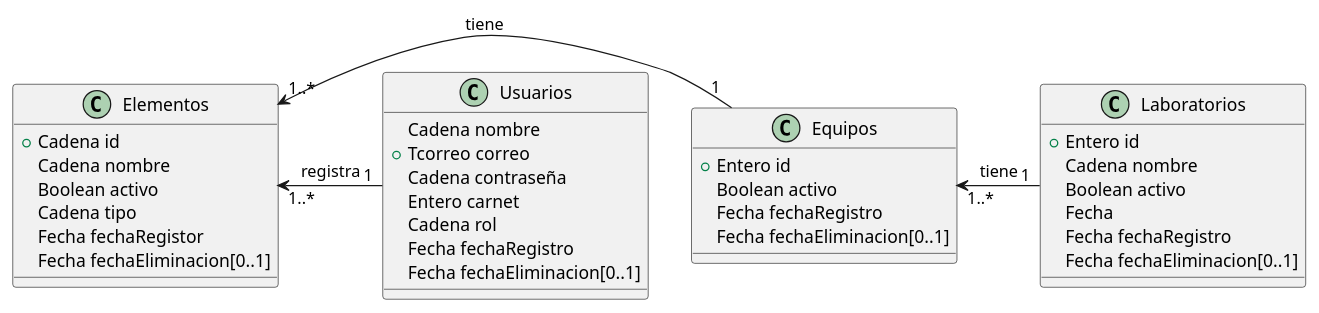
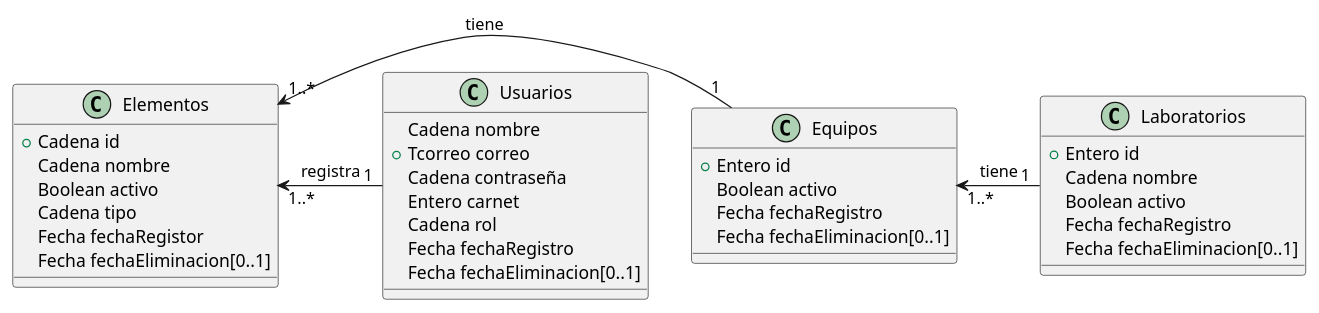
The diagram in modeloBaseDatos.puml (proyectocvds2019/NGCM), drawn with PlantUML before and after one commit. The commit also changed 11 other files, not shown here.

```diff
--- a/modeloBaseDatos.puml
+++ b/modeloBaseDatos.puml
@@ -1,41 +1,40 @@
 @startuml
 class Usuarios{
 	Cadena nombre
 	+ Tcorreo correo
 	Cadena contraseña
 	Entero carnet
 	Cadena rol
 	Fecha fechaRegistro
 	Fecha fechaEliminacion[0..1]
 }
 
 class Laboratorios{
 	+ Entero id
 	Cadena nombre
 	Boolean activo
-	Fecha
 	Fecha fechaRegistro
 	Fecha fechaEliminacion[0..1]
 }
 
 class Equipos{
 	+ Entero id
 	Boolean activo
 	Fecha fechaRegistro
 	Fecha fechaEliminacion[0..1]
 }
 
 
 class Elementos{
 	+ Cadena id
 	Cadena nombre
 	Boolean activo
 	Cadena tipo
 	Fecha fechaRegistor
 	Fecha fechaEliminacion[0..1]
 }
 
 Elementos "1..*" <- "1" Equipos : tiene
 Equipos "1..*" <- "1" Laboratorios : tiene
 Elementos "1..*" <- "1" Usuarios : registra
 @enduml
```
